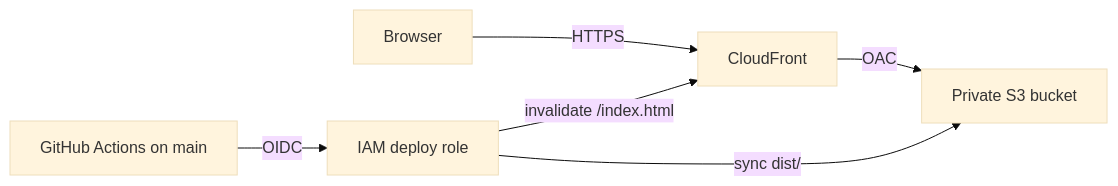
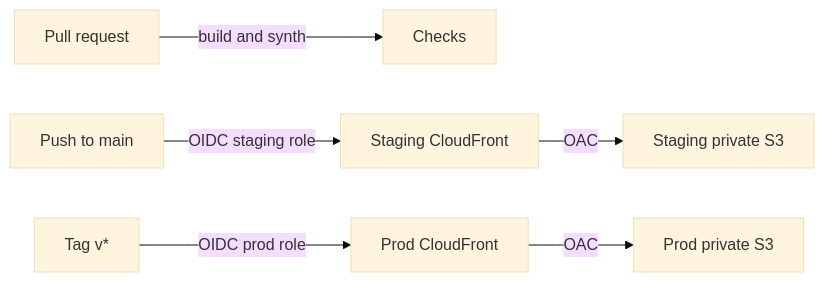
One commit to HyungSeokSeo1122/fluid-tetris changed the diagram in DEPLOY.md. Above: the diagram before and after it, drawn with Mermaid (base theme). The commit also changed other lines of this file and 9 other files, not shown here.

First line of the commit message:
Split hosting into staging on main and prod on version tags.

````diff
--- a/DEPLOY.md
+++ b/DEPLOY.md
@@ -9,8 +28,8 @@
 ```mermaid
 flowchart LR
-  browser[Browser] -->|HTTPS| cf[CloudFront]
-  cf -->|OAC| bucket[Private S3 bucket]
-  gha[GitHub Actions on main] -->|OIDC| role[IAM deploy role]
-  role -->|sync dist/| bucket
-  role -->|invalidate /index.html| cf
+  pr[Pull request] -->|build and synth| checks[Checks]
+  main[Push to main] -->|OIDC staging role| stagingCf[Staging CloudFront]
+  tag[Tag v*] -->|OIDC prod role| prodCf[Prod CloudFront]
+  stagingCf -->|OAC| stagingBucket[Staging private S3]
+  prodCf -->|OAC| prodBucket[Prod private S3]
 ```
````
